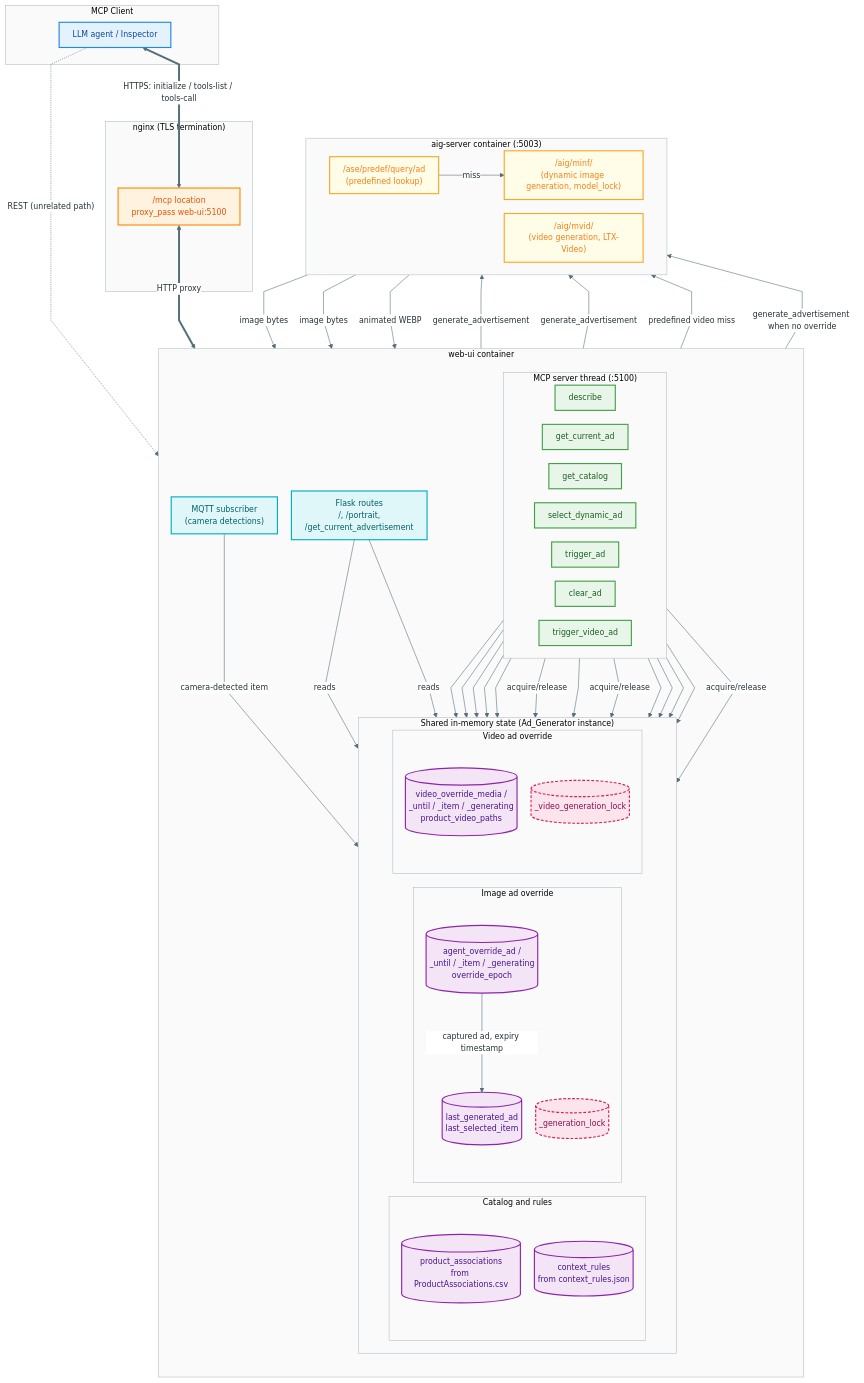
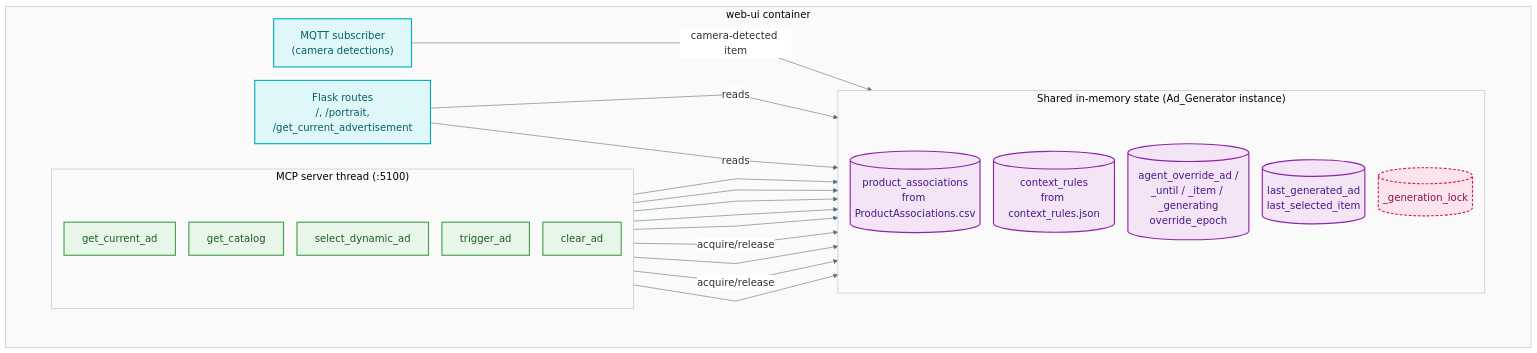
One commit to intel-retail/digital-signage changed the sixth of 8 diagrams in docs/user-guide/how-to-guides/mcp-server-architecture.md. Above: the diagram before and after it, drawn with Mermaid. The commit also changed other lines of this file, not shown here.

First line of the commit message:
docs(mcp): split architecture diagrams so text is legible on GitHub

````diff
--- a/docs/user-guide/how-to-guides/mcp-server-architecture.md
+++ b/docs/user-guide/how-to-guides/mcp-server-architecture.md
@@ -191,7 +314,7 @@
 config:
   theme: base
   themeVariables:
-    fontSize: 14px
+    fontSize: 18px
     primaryColor: "#FFFFFF"
     primaryBorderColor: "#607D8B"
     primaryTextColor: "#263238"
@@ -200,80 +323,42 @@
     clusterBorder: "#B0BEC5"
   flowchart:
     curve: linear
-    nodeSpacing: 25
-    rankSpacing: 60
-    padding: 12
+    nodeSpacing: 24
+    rankSpacing: 140
+    padding: 16
 ---
-flowchart TB
-    classDef client fill:#E3F2FD,stroke:#1E88E5,stroke-width:2px,color:#0D47A1
-    classDef proxy  fill:#FFF3E0,stroke:#FB8C00,stroke-width:2px,color:#E65100
+flowchart LR
     classDef tool   fill:#E8F5E9,stroke:#43A047,stroke-width:2px,color:#1B5E20
     classDef state  fill:#F3E5F5,stroke:#8E24AA,stroke-width:2px,color:#4A148C
     classDef lock   fill:#FCE4EC,stroke:#D81B60,stroke-width:2px,stroke-dasharray:5 3,color:#880E4F
     classDef flask  fill:#E0F7FA,stroke:#00ACC1,stroke-width:2px,color:#006064
-    classDef aig    fill:#FFFDE7,stroke:#F9A825,stroke-width:2px,color:#F57F17
-
-    subgraph Client["MCP Client"]
-        C1["LLM agent / Inspector"]
-    end
-
-    subgraph Proxy["nginx (TLS termination)"]
-        N1["/mcp location<br/>proxy_pass web-ui:5100"]
-    end
 
     subgraph WebUI["web-ui container"]
-        direction TB
-
+        direction LR
         subgraph MCPThread["MCP server thread (:5100)"]
-            direction LR
-            T1["describe"]
+            direction TB
             T2["get_current_ad"]
             T3["get_catalog"]
             T4["select_dynamic_ad"]
             T5["trigger_ad"]
             T6["clear_ad"]
-            T7["trigger_video_ad"]
-        end
-
-        subgraph SharedState["Shared in-memory state (Ad_Generator instance)"]
-            direction LR
-            subgraph Catalog["Catalog and rules"]
-                direction TB
-                S1[("product_associations<br/>from ProductAssociations.csv")]
-                S2[("context_rules<br/>from context_rules.json")]
-            end
-            subgraph ImageState["Image ad override"]
-                direction TB
-                S3[("agent_override_ad /<br/>_until / _item / _generating<br/>override_epoch")]
-                S4[("last_generated_ad<br/>last_selected_item")]
-                S5[("_generation_lock")]
-            end
-            subgraph VideoState["Video ad override"]
-                direction TB
-                S6[("video_override_media /<br/>_until / _item / _generating<br/>product_video_paths")]
-                S7[("_video_generation_lock")]
-            end
         end
 
         F1["Flask routes<br/>/, /portrait,<br/>/get_current_advertisement"]
         MQ["MQTT subscriber<br/>(camera detections)"]
+
+        subgraph SharedState["Shared in-memory state (Ad_Generator instance)"]
+            direction TB
+            S1[("product_associations<br/>from ProductAssociations.csv")]
+            S2[("context_rules<br/>from context_rules.json")]
+            S3[("agent_override_ad /<br/>_until / _item / _generating<br/>override_epoch")]
+            S4[("last_generated_ad<br/>last_selected_item")]
+            S5[("_generation_lock")]
+        end
     end
 
-    subgraph AIGServer["aig-server container (:5003)"]
-        direction LR
-        A1["/ase/predef/query/ad<br/>(predefined lookup)"]
-        A2["/aig/minf/<br/>(dynamic image generation, model_lock)"]
-        A3["/aig/mvid/<br/>(video generation, LTX-Video)"]
-    end
-
-    %% Client -> proxy -> MCP tools
-    C1 <==>|"HTTPS: initialize / tools-list / tools-call"| N1
-    N1 <==>|"HTTP proxy"| MCPThread
-
-    %% Tools -> state
     T2 --> S3
     T2 --> S4
-    T2 --> S6
     T3 --> S1
     T4 --> S2
     T4 --> S1
@@ -281,32 +366,13 @@
     T5 --> S1
     T5 -->|"acquire/release"| S5
     T6 --> S3
-    T6 --> S6
-    T7 --> S1
-    T7 -->|"acquire/release"| S7
 
-    %% Image ad generation path
-    T4 & T5 -->|"generate_advertisement"| A1
-    A1 -->|"miss"| A2
-    A1 & A2 -->|"image bytes"| S3
-    S3 -->|"captured ad, expiry timestamp"| S4
-
-    %% Video ad generation path
-    T7 -->|"predefined video miss"| A3
-    A3 -->|"animated WEBP"| S6
-
-    %% Camera-driven flow and display readers
     MQ -->|"camera-detected item"| S1
-    MQ -->|"generate_advertisement when no override"| A1
     F1 -->|"reads"| S3
     F1 -->|"reads"| S4
-    C1 -.->|"REST (unrelated path)"| F1
 
-    class C1 client
-    class N1 proxy
-    class T1,T2,T3,T4,T5,T6,T7 tool
-    class S1,S2,S3,S4,S6 state
-    class S5,S7 lock
+    class T2,T3,T4,T5,T6 tool
+    class S1,S2,S3,S4 state
+    class S5 lock
     class F1,MQ flask
-    class A1,A2,A3 aig
 ```
````
